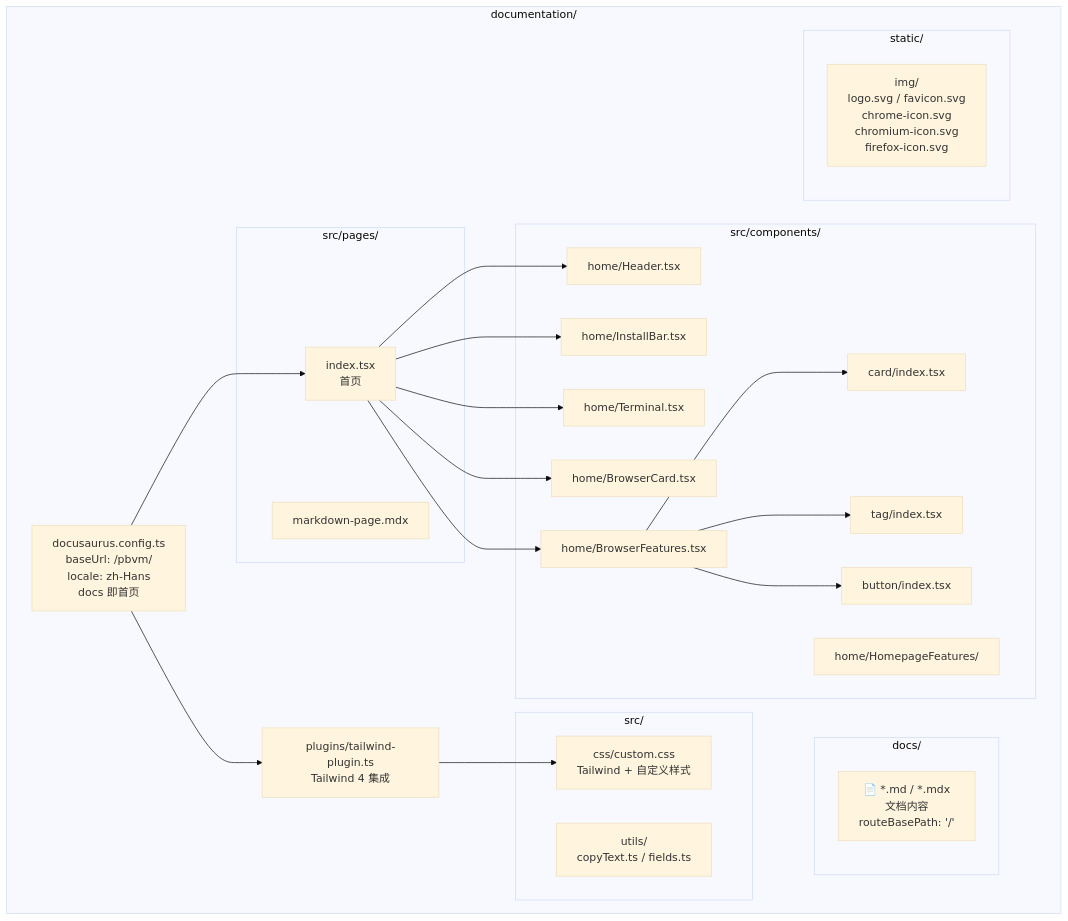
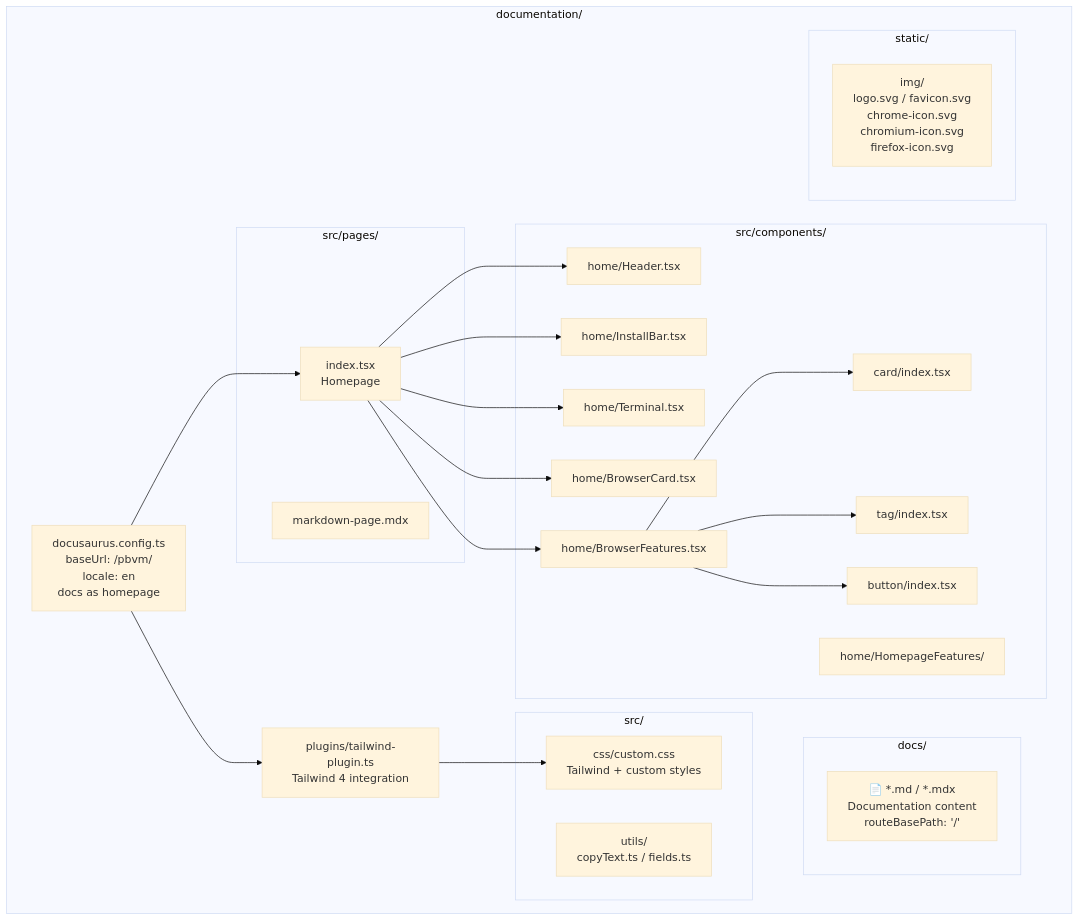
Before and after one commit to cgfeel/pbvm: the diagram in documentation/docs/intro.mdx, drawn with Mermaid (base theme). The commit also changed other lines of this file and 52 other files, not shown here.

````diff
--- a/documentation/docs/intro.mdx
+++ b/documentation/docs/intro.mdx
@@ -71,43 +71,43 @@
 ```mermaid
   graph TB
       subgraph "documentation/"
-          CONFIG["docusaurus.config.ts<br/>baseUrl: /pbvm/<br/>locale: zh-Hans<br/>docs 即首页"]
-          PLUGIN["plugins/tailwind-plugin.ts<br/>Tailwind 4 集成"]
+          CONFIG["docusaurus.config.ts<br/>baseUrl: /pbvm/<br/>locale: en<br/>docs as homepage"]
+          PLUGIN["plugins/tailwind-plugin.ts<br/>Tailwind 4 integration"]
 
           subgraph "src/pages/"
-              INDEX["index.tsx<br/>首页"]
+              INDEX["index.tsx<br/>Homepage"]
               MDX["markdown-page.mdx"]
           end
 
           subgraph "src/components/"
               CARD["card/index.tsx"]
               TAG["tag/index.tsx"]
               BUTTON["button/index.tsx"]
               HOME_HEADER["home/Header.tsx"]
               HOME_INSTALL["home/InstallBar.tsx"]
               HOME_TERMINAL["home/Terminal.tsx"]
               HOME_BROWSER["home/BrowserCard.tsx"]
               HOME_FEATURES["home/BrowserFeatures.tsx"]
               HOME_FEATURES_OLD["home/HomepageFeatures/"]
           end
 
           subgraph "src/"
-              CSS["css/custom.css<br/>Tailwind + 自定义样式"]
+              CSS["css/custom.css<br/>Tailwind + custom styles"]
               UTILS["utils/<br/>copyText.ts / fields.ts"]
           end
 
           subgraph "docs/"
-              DOC_FILES["📄 *.md / *.mdx<br/>文档内容<br/>routeBasePath: '/'"]
+              DOC_FILES["📄 *.md / *.mdx<br/>Documentation content<br/>routeBasePath: '/'"]
           end
 
           subgraph "static/"
               IMG["img/<br/>logo.svg / favicon.svg<br/>chrome-icon.svg<br/>chromium-icon.svg<br/>firefox-icon.svg"]
           end
       end
 
       CONFIG --> INDEX
       INDEX --> HOME_HEADER & HOME_INSTALL & HOME_TERMINAL & HOME_BROWSER & HOME_FEATURES
       HOME_FEATURES --> CARD & TAG & BUTTON
       CONFIG --> PLUGIN
       PLUGIN --> CSS
 ```
````
